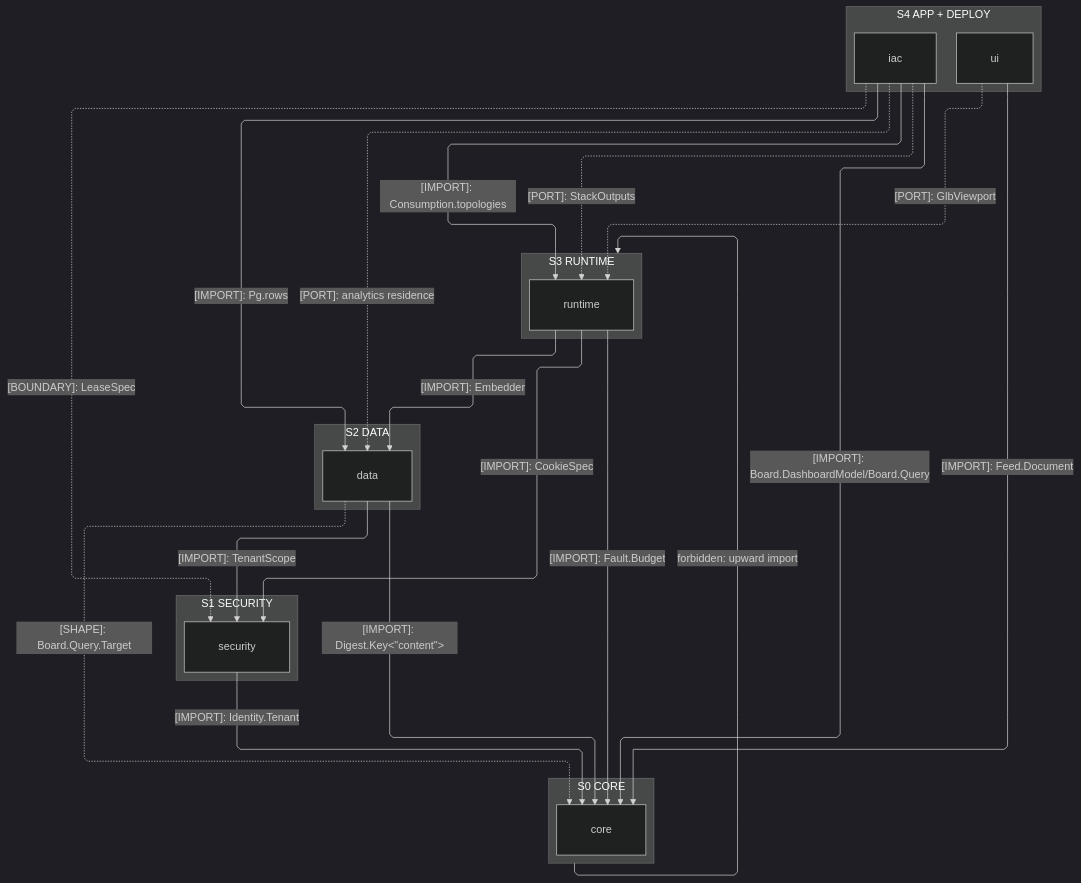
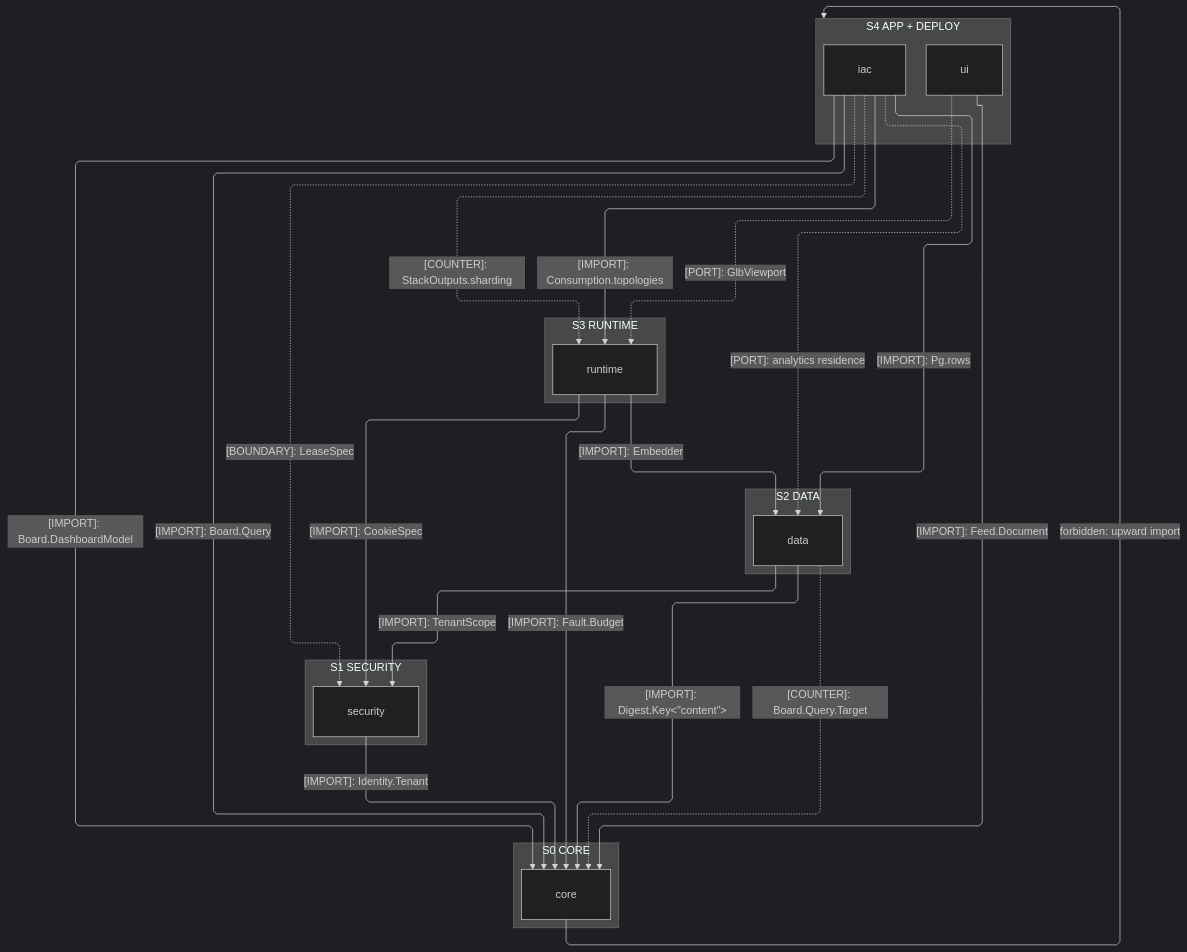
The first of 4 diagrams in libs/typescript/.planning/ARCHITECTURE.md (bsamiee/Rasm), drawn with Mermaid (dark theme) before and after one commit. The commit also changed other lines of this file and 115 other files, not shown here.

````diff
--- a/libs/typescript/.planning/ARCHITECTURE.md
+++ b/libs/typescript/.planning/ARCHITECTURE.md
@@ -28,44 +28,45 @@
 ```mermaid
 ---
 config:
   layout: elk
   flowchart:
     curve: linear
     padding: 25
 ---
 flowchart TB
     accTitle: TypeScript branch import strata
-    accDescr: Five strata import toward core; dashed edges carry ports or returned values rather than imports.
+    accDescr: Import strata toward the core floor; dashed edges carry ports and counter-edge values rather than imports.
     subgraph S4["S4 APP + DEPLOY"]
         Ui[ui]
         Iac[iac]
     end
     subgraph S3["S3 RUNTIME"]
         Runtime[runtime]
     end
     subgraph S2["S2 DATA"]
         Data[data]
     end
     subgraph S1["S1 SECURITY"]
         Security[security]
     end
     subgraph S0["S0 CORE"]
         Core[core]
     end
-    Ui e1@-.->|"[PORT]: GlbViewport"| Runtime
-    Iac e12@-.->|"[BOUNDARY]: LeaseSpec"| Security
-    Iac e13@-.->|"[PORT]: StackOutputs"| Runtime
-    Iac e14@-.->|"[PORT]: analytics residence"| Data
-    Data e15@-.->|"[SHAPE]: Board.Query.Target"| Core
-    Iac e2@-->|"[IMPORT]: Pg.rows"| Data
-    Runtime e3@-->|"[IMPORT]: CookieSpec"| Security
-    Runtime e4@-->|"[IMPORT]: Embedder"| Data
-    Data e5@-->|"[IMPORT]: TenantScope"| Security
-    Ui e6@-->|"[IMPORT]: Feed.Document"| Core
-    Iac e7@-->|"[IMPORT]: Board.DashboardModel/Board.Query"| Core
-    Iac e11@-->|"[IMPORT]: Consumption.topologies"| Runtime
-    Runtime e8@-->|"[IMPORT]: Fault.Budget"| Core
-    Data e9@-->|"[IMPORT]: Digest.Key&lt;&quot;content&quot;&gt;"| Core
-    Security e10@-->|"[IMPORT]: Identity.Tenant"| Core
-    S0 f1@-->|"forbidden: upward import"| S3
+    Ui e1@-->|"[IMPORT]: Feed.Document"| Core
+    Ui e2@-.->|"[PORT]: GlbViewport"| Runtime
+    Iac e3@-->|"[IMPORT]: Board.DashboardModel"| Core
+    Iac e4@-->|"[IMPORT]: Board.Query"| Core
+    Iac e5@-->|"[IMPORT]: Pg.rows"| Data
+    Iac e6@-->|"[IMPORT]: Consumption.topologies"| Runtime
+    Iac e7@-.->|"[BOUNDARY]: LeaseSpec"| Security
+    Iac e8@-.->|"[COUNTER]: StackOutputs.sharding"| Runtime
+    Iac e9@-.->|"[PORT]: analytics residence"| Data
+    Runtime e10@-->|"[IMPORT]: Fault.Budget"| Core
+    Runtime e11@-->|"[IMPORT]: CookieSpec"| Security
+    Runtime e12@-->|"[IMPORT]: Embedder"| Data
+    Data e13@-->|"[IMPORT]: Digest.Key&lt;&quot;content&quot;&gt;"| Core
+    Data e14@-->|"[IMPORT]: TenantScope"| Security
+    Data e15@-.->|"[COUNTER]: Board.Query.Target"| Core
+    Security e16@-->|"[IMPORT]: Identity.Tenant"| Core
+    Core f1@-->|"forbidden: upward import"| S4
 ```
````
